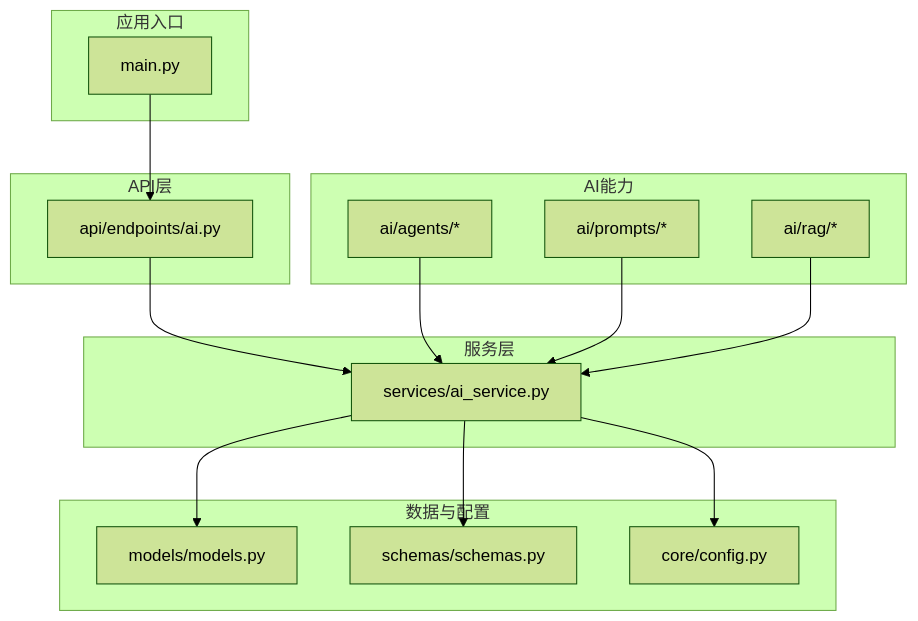
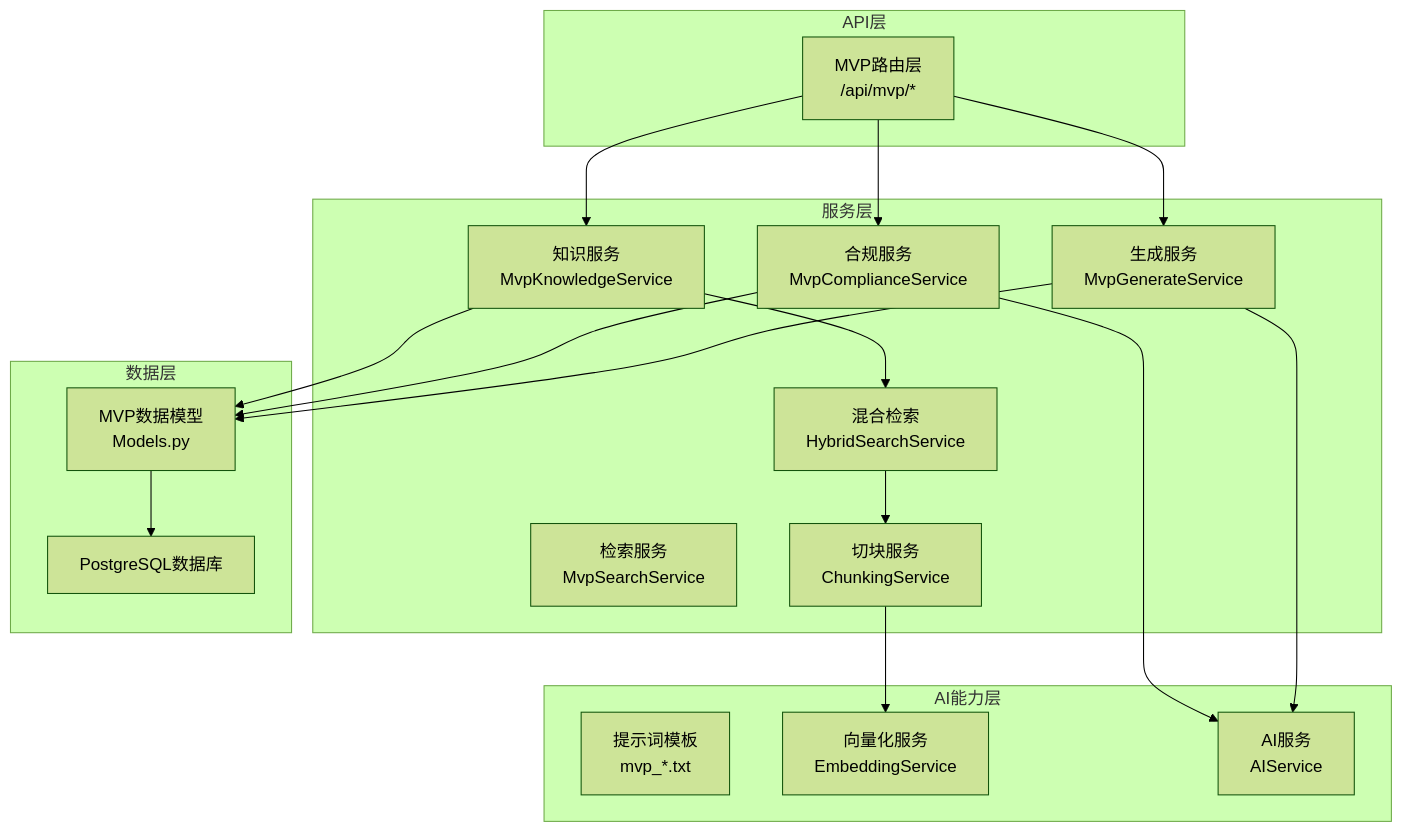
The first of 7 diagrams in .qoder/repowiki/zh/content/AI内容处理系统/AI内容处理系统.md (dream-ze/AI_huoke-), drawn with Mermaid (forest theme) before and after one commit. The commit also changed other lines of this file and 25 other files, not shown here.

````diff
--- a/.qoder/repowiki/zh/content/AI内容处理系统/AI内容处理系统.md
+++ b/.qoder/repowiki/zh/content/AI内容处理系统/AI内容处理系统.md
@@ -47,30 +59,35 @@
 ```mermaid
 graph TB
-subgraph "应用入口"
-MAIN["main.py"]
-end
 subgraph "API层"
-ENDPOINTS_AI["api/endpoints/ai.py"]
+ROUTES["MVP路由层<br/>/api/mvp/*"]
 end
 subgraph "服务层"
-AISERVICE["services/ai_service.py"]
+GEN_SERVICE["生成服务<br/>MvpGenerateService"]
+COMP_SERVICE["合规服务<br/>MvpComplianceService"]
+KNOW_SERVICE["知识服务<br/>MvpKnowledgeService"]
+SEARCH_SERVICE["检索服务<br/>MvpSearchService"]
+HYBRID_SERVICE["混合检索<br/>HybridSearchService"]
+CHUNK_SERVICE["切块服务<br/>ChunkingService"]
 end
-subgraph "AI能力"
-AGENTS["ai/agents/*"]
-PROMPTS["ai/prompts/*"]
-RAG["ai/rag/*"]
+subgraph "AI能力层"
+PROMPTS["提示词模板<br/>mvp_*.txt"]
+EMBEDDING["向量化服务<br/>EmbeddingService"]
+AI_SERVICE["AI服务<br/>AIService"]
 end
-subgraph "数据与配置"
-MODELS["models/models.py"]
-SCHEMAS["schemas/schemas.py"]
-CONFIG["core/config.py"]
+subgraph "数据层"
+MODELS["MVP数据模型<br/>Models.py"]
+DB["PostgreSQL数据库"]
 end
-MAIN --> ENDPOINTS_AI
-ENDPOINTS_AI --> AISERVICE
-AISERVICE --> CONFIG
-AISERVICE --> MODELS
-AISERVICE --> SCHEMAS
-AGENTS --> AISERVICE
-PROMPTS --> AISERVICE
-RAG --> AISERVICE
+ROUTES --> GEN_SERVICE
+ROUTES --> COMP_SERVICE
+ROUTES --> KNOW_SERVICE
+GEN_SERVICE --> AI_SERVICE
+COMP_SERVICE --> AI_SERVICE
+KNOW_SERVICE --> HYBRID_SERVICE
+HYBRID_SERVICE --> CHUNK_SERVICE
+CHUNK_SERVICE --> EMBEDDING
+GEN_SERVICE --> MODELS
+COMP_SERVICE --> MODELS
+KNOW_SERVICE --> MODELS
+MODELS --> DB
 ```
````
